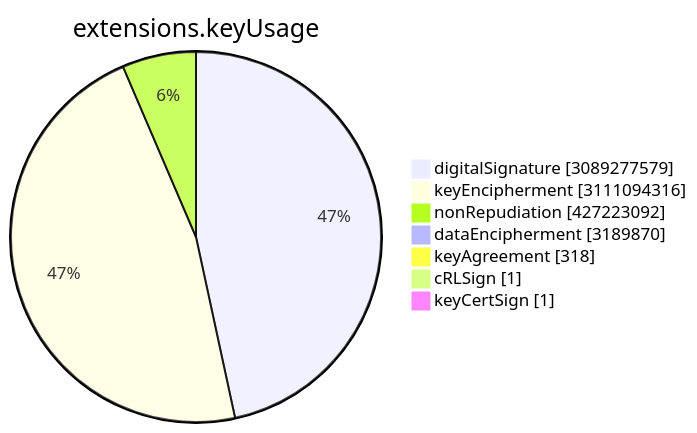
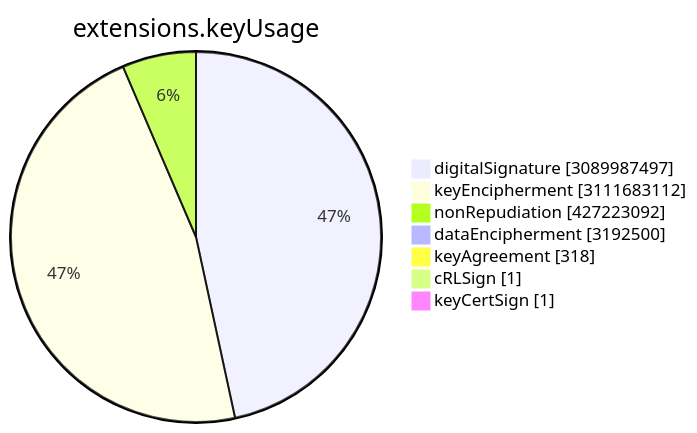
Before and after one commit to christiankrug/ctmonitor_visualization: the sixth of 15 diagrams in TOTAL/README.md, drawn with Mermaid. The commit also changed other lines of this file, not shown here.

````diff
--- a/TOTAL/README.md
+++ b/TOTAL/README.md
@@ -3075,11 +3075,11 @@
 ```mermaid
 pie showData
 title extensions.keyUsage
-"digitalSignature" :3089277579
-"keyEncipherment" :3111094316
+"digitalSignature" :3089987497
+"keyEncipherment" :3111683112
 "nonRepudiation" :427223092
-"dataEncipherment" :3189870
+"dataEncipherment" :3192500
 "keyAgreement" :318
 "cRLSign" :1
 "keyCertSign" :1
 ```
````
